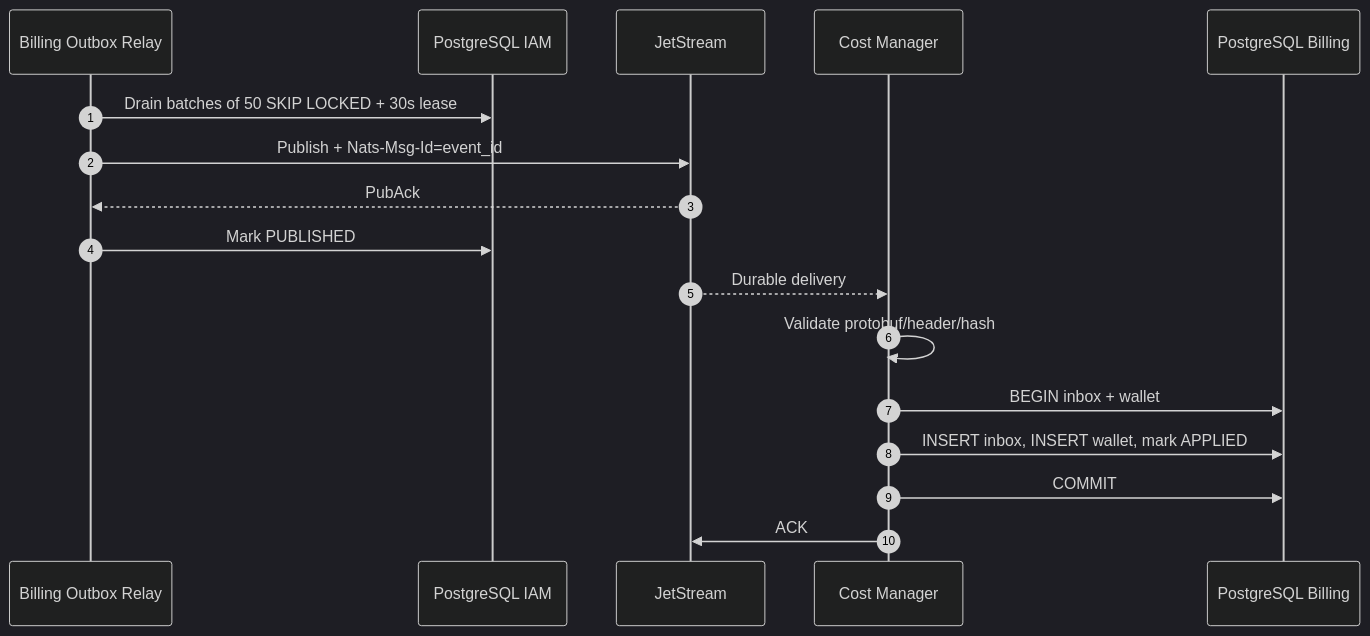
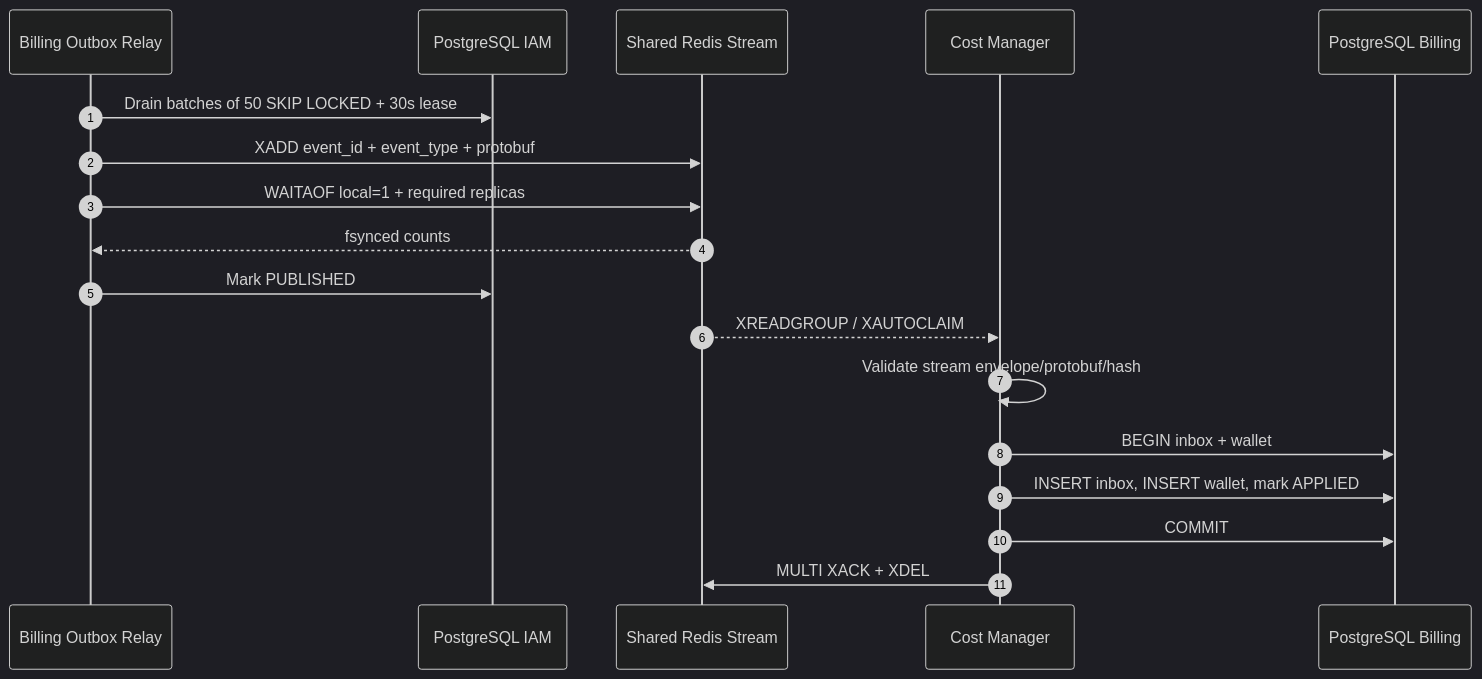
One commit to phucle996/aurora changed the third of 7 diagrams in god_view/iam/account_verification_god_view_workflow.md. Above: the diagram before and after it, drawn with Mermaid (dark theme). The commit also changed other lines of this file and 137 other files, not shown here.

Commit message:
refactor: migrate infrastructure communication from NATS to Redis across controlplane, dataplane, notification-service, cost-manager, and acr modules

````diff
--- a/god_view/iam/account_verification_god_view_workflow.md
+++ b/god_view/iam/account_verification_god_view_workflow.md
@@ -219,20 +219,21 @@
 ```mermaid
 sequenceDiagram
     autonumber
     participant Relay as Billing Outbox Relay
     participant IDB as PostgreSQL IAM
-    participant NATS as JetStream
+    participant SR as Shared Redis Stream
     participant Cost as Cost Manager
     participant BDB as PostgreSQL Billing
 
     Relay->>IDB: Drain batches of 50 SKIP LOCKED + 30s lease
-    Relay->>NATS: Publish + Nats-Msg-Id=event_id
-    NATS-->>Relay: PubAck
+    Relay->>SR: XADD event_id + event_type + protobuf
+    Relay->>SR: WAITAOF local=1 + required replicas
+    SR-->>Relay: fsynced counts
     Relay->>IDB: Mark PUBLISHED
-    NATS-->>Cost: Durable delivery
-    Cost->>Cost: Validate protobuf/header/hash
+    SR-->>Cost: XREADGROUP / XAUTOCLAIM
+    Cost->>Cost: Validate stream envelope/protobuf/hash
     Cost->>BDB: BEGIN inbox + wallet
     Cost->>BDB: INSERT inbox, INSERT wallet, mark APPLIED
     Cost->>BDB: COMMIT
-    Cost->>NATS: ACK
+    Cost->>SR: MULTI XACK + XDEL
 ```
````
